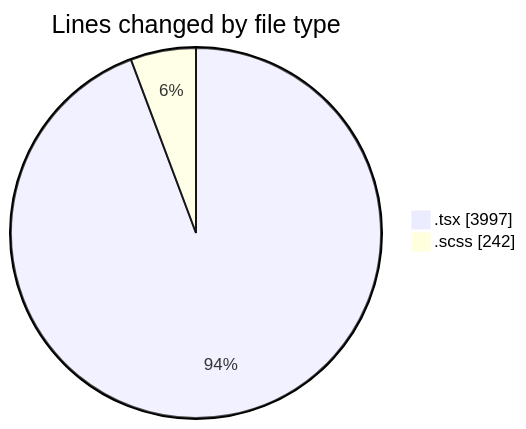
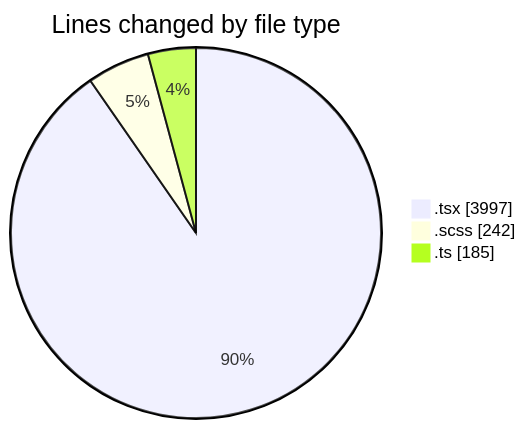
One commit to momahboobian/code-tracking changed the first of 2 diagrams in 2025-07-03/cda/README.md. Above: the diagram before and after it, drawn with Mermaid. The commit also changed other lines of this file and 1 other file, not shown here.

````diff
--- a/2025-07-03/cda/README.md
+++ b/2025-07-03/cda/README.md
@@ -36,6 +37,7 @@
 ```mermaid
 pie showData
 title Lines changed by file type
 ".tsx" : 3997
 ".scss" : 242
+".ts" : 185
 ```
````
